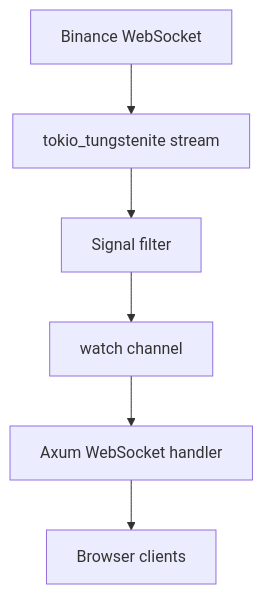
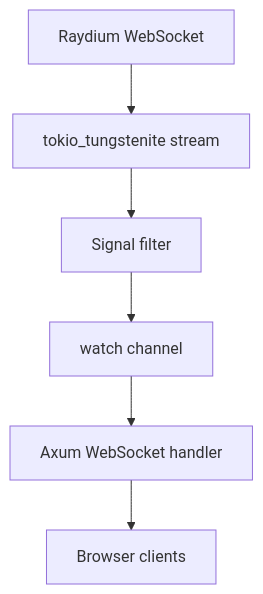
Before and after one commit to nicolad/crypto-scanner-agent: the second of 3 diagrams in README.md, drawn with Mermaid. The commit also changed other lines of this file and 2 other files, not shown here.

Commit message:
Switch feed from Binance to Raydium

````diff
--- a/README.md
+++ b/README.md
@@ -20,8 +20,8 @@
 ```mermaid
 flowchart TD
-    A["Binance WebSocket"] --> B["tokio_tungstenite stream"]
+    A["Raydium WebSocket"] --> B["tokio_tungstenite stream"]
     B --> C["Signal filter"]
     C --> D["watch channel"]
     D --> E["Axum WebSocket handler"]
     E --> F["Browser clients"]
 ```
````
